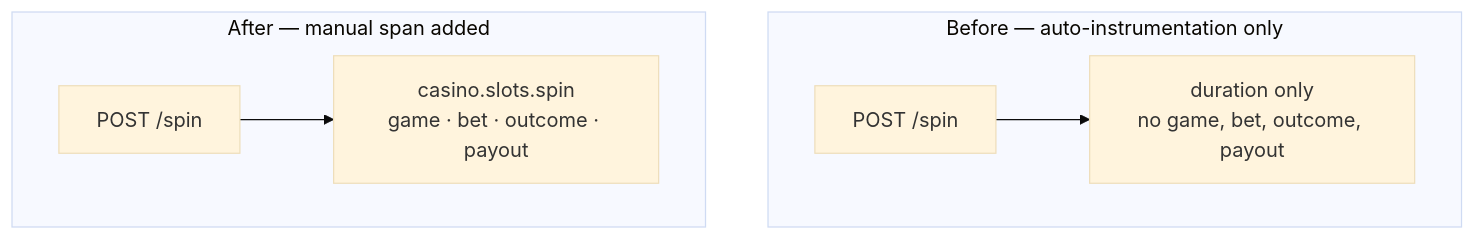
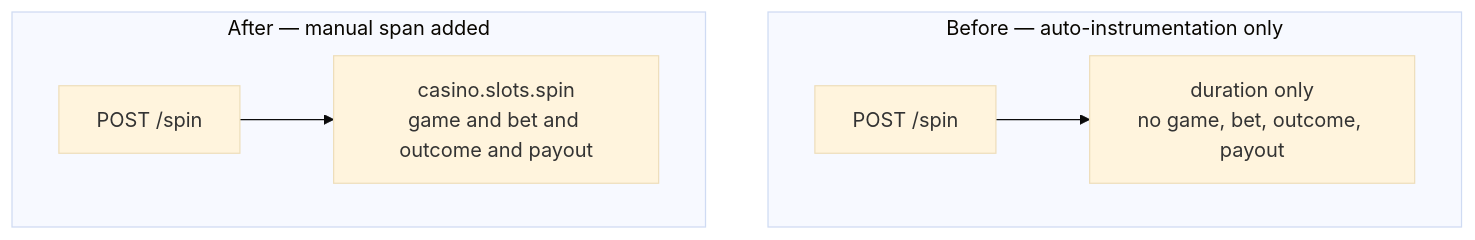
One commit to henrikrexed/Otel-Training changed the diagram in docs-site/advanced/step-1-instrument-with-agents.md. Above: the diagram before and after it, drawn with Mermaid (base theme). The commit also changed other lines of this file and 11 other files, not shown here.

````diff
--- a/docs-site/advanced/step-1-instrument-with-agents.md
+++ b/docs-site/advanced/step-1-instrument-with-agents.md
@@ -14,9 +31,9 @@
 ```mermaid
 flowchart TB
   subgraph before["Before — auto-instrumentation only"]
     b1["POST /spin"] --> b2["duration only<br/>no game, bet, outcome, payout"]
   end
   subgraph after["After — manual span added"]
-    a1["POST /spin"] --> a2["casino.slots.spin<br/>game · bet · outcome · payout"]
+    a1["POST /spin"] --> a2["casino.slots.spin<br/>game and bet and outcome and payout"]
   end
 ```
````
